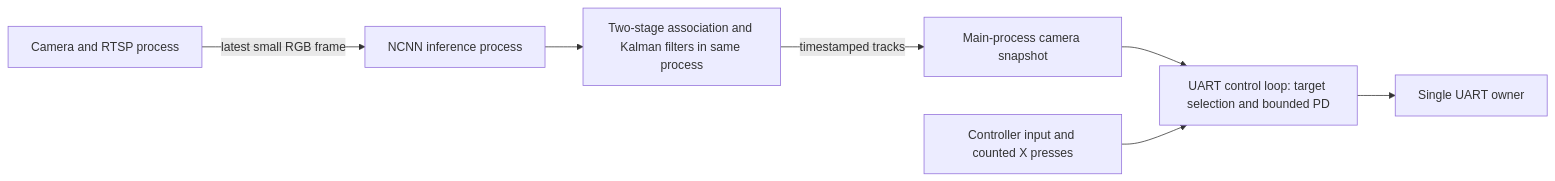
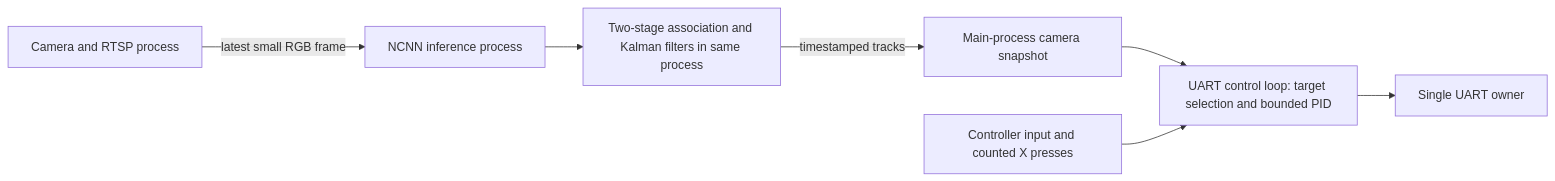
Before and after one commit to mieszkomularczyk/apptirover: the diagram in docs/following.md, drawn with Mermaid. The commit also changed other lines of this file and 16 other files, not shown here.

````diff
--- a/docs/following.md
+++ b/docs/following.md
@@ -55,9 +118,9 @@
 ```mermaid
 flowchart LR
     Camera[Camera and RTSP process] -->|latest small RGB frame| AI[NCNN inference process]
     AI --> Associate[Two-stage association and Kalman filters in same process]
     Associate -->|timestamped tracks| Snapshot[Main-process camera snapshot]
-    Snapshot --> Authority[UART control loop: target selection and bounded PD]
+    Snapshot --> Authority[UART control loop: target selection and bounded PID]
     Pad[Controller input and counted X presses] --> Authority
     Authority --> Motors[Single UART owner]
 ```
````
